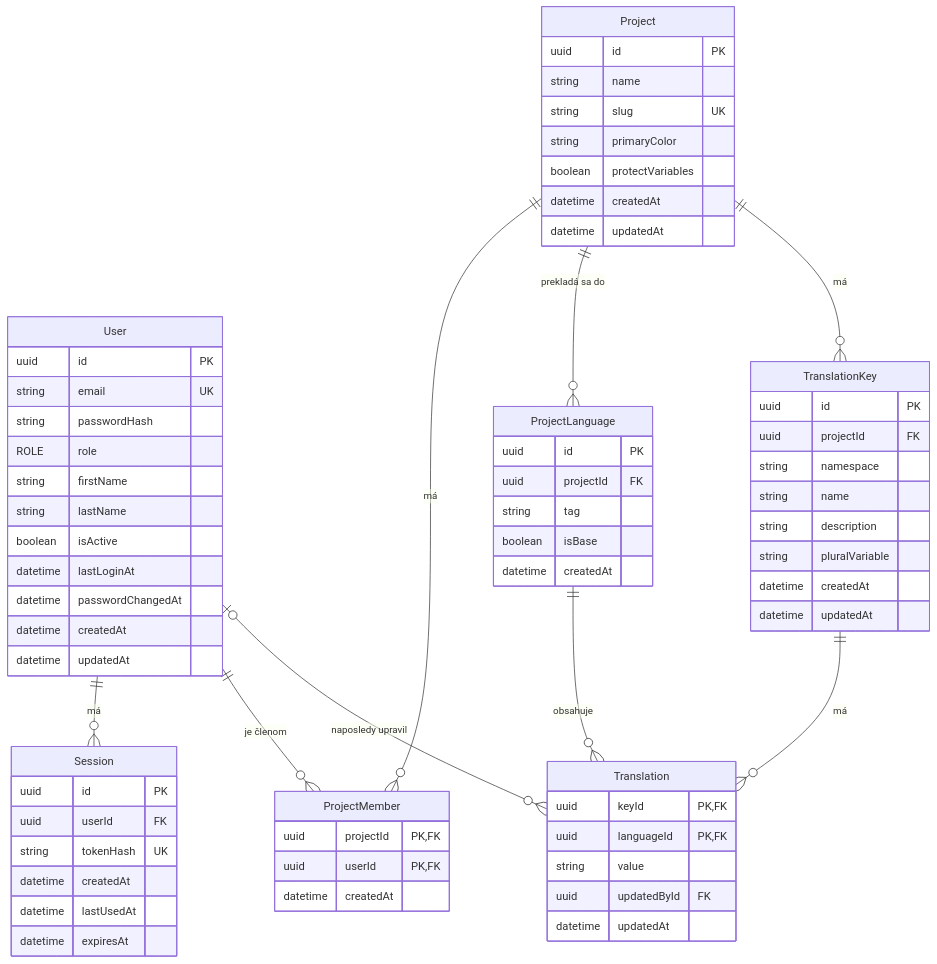
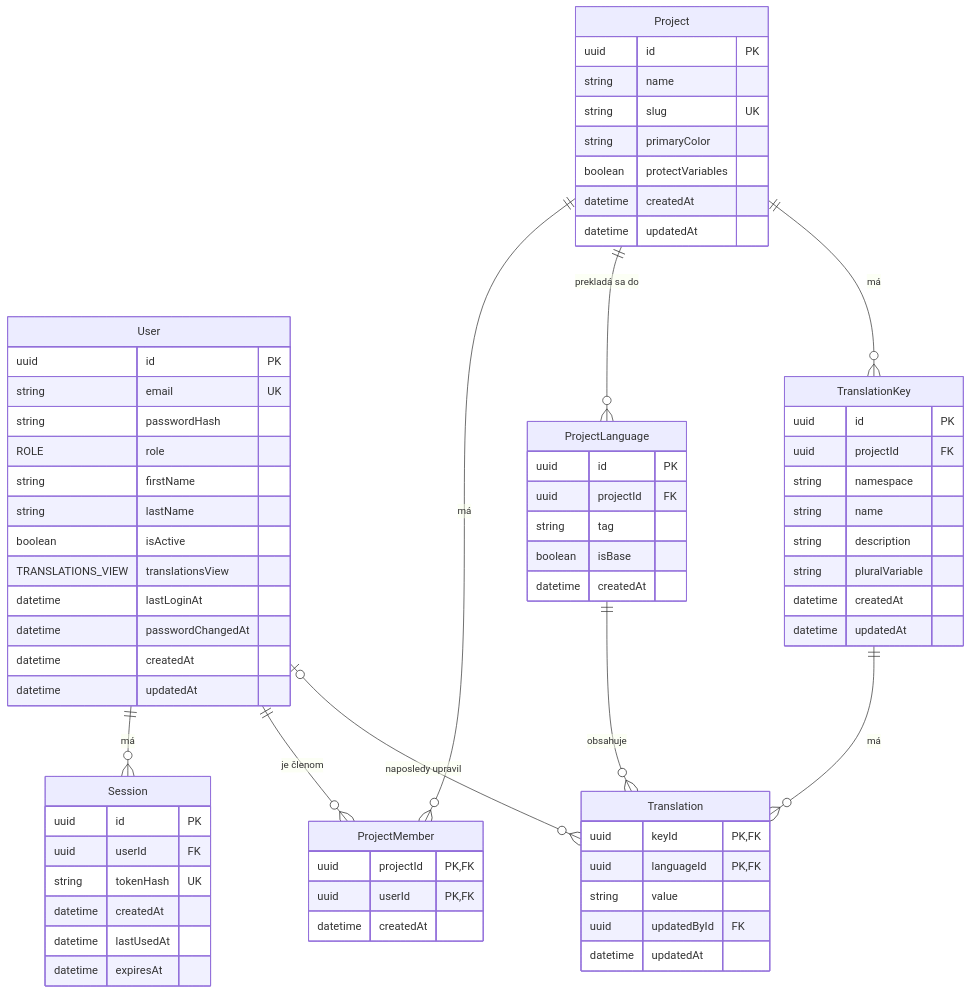
The diagram in docs/database.md (michal-bella/Locale-Admin), drawn with Mermaid before and after one commit. The commit also changed other lines of this file and 6 other files, not shown here.

````diff
--- a/docs/database.md
+++ b/docs/database.md
@@ -135,70 +136,71 @@
 ```mermaid
 erDiagram
     User ||--o{ Session : "má"
     User ||--o{ ProjectMember : "je členom"
     Project ||--o{ ProjectMember : "má"
     Project ||--o{ ProjectLanguage : "prekladá sa do"
     Project ||--o{ TranslationKey : "má"
     TranslationKey ||--o{ Translation : "má"
     ProjectLanguage ||--o{ Translation : "obsahuje"
     User |o--o{ Translation : "naposledy upravil"
     User {
         uuid id PK
         string email UK
         string passwordHash
         ROLE role
         string firstName
         string lastName
         boolean isActive
+        TRANSLATIONS_VIEW translationsView
         datetime lastLoginAt
         datetime passwordChangedAt
         datetime createdAt
         datetime updatedAt
     }
     Session {
         uuid id PK
         uuid userId FK
         string tokenHash UK
         datetime createdAt
         datetime lastUsedAt
         datetime expiresAt
     }
     ProjectLanguage {
         uuid id PK
         uuid projectId FK
         string tag
         boolean isBase
         datetime createdAt
     }
     Project {
         uuid id PK
         string name
         string slug UK
         string primaryColor
         boolean protectVariables
         datetime createdAt
         datetime updatedAt
     }
     ProjectMember {
         uuid projectId PK, FK
         uuid userId PK, FK
         datetime createdAt
     }
     TranslationKey {
         uuid id PK
         uuid projectId FK
         string namespace
         string name
         string description
         string pluralVariable
         datetime createdAt
         datetime updatedAt
     }
     Translation {
         uuid keyId PK, FK
         uuid languageId PK, FK
         string value
         uuid updatedById FK
         datetime updatedAt
     }
 ```
````
